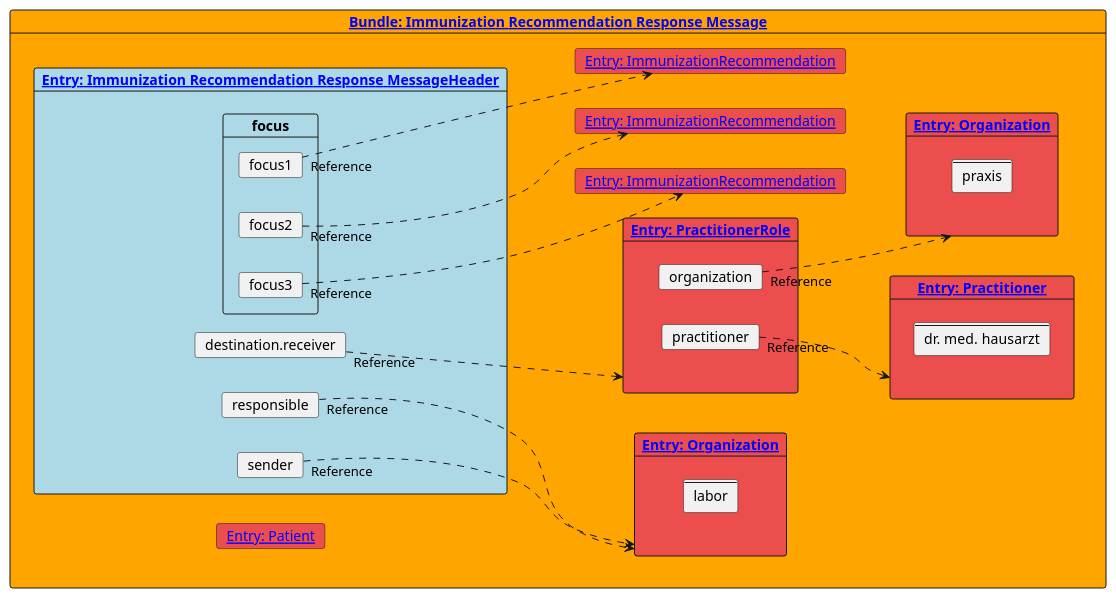
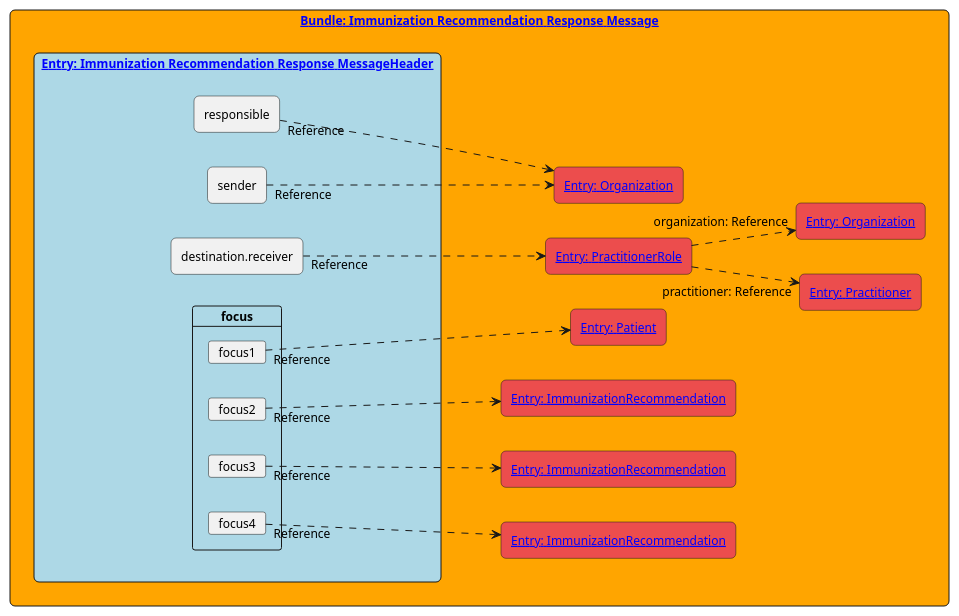
Before and after one commit to hl7ch/ch-vacd: the diagram in input/images-source/immunization-recommendation-response-message-elements.plantuml, drawn with PlantUML. The commit also changed 3 other files, not shown here.

Commit message:
diagramms with some improvements

```diff
--- a/input/images-source/immunization-recommendation-response-message-elements.plantuml
+++ b/input/images-source/immunization-recommendation-response-message-elements.plantuml
@@ -1,67 +1,82 @@
 @startuml
+skinparam shadowing false
+skinparam rectangle {
+    roundCorner 10
+}
+
+skinparam linetype straight
+skinparam defaultFontSize 12
+
 left to right direction
 
-card "[[StructureDefinition-ch-vacd-recommendation-response-message.html Bundle: Immunization Recommendation Response Message]]" as document #Orange {
-    card "[[StructureDefinition-ch-vacd-recommendation-response-messageheader.html Entry: Immunization Recommendation Response MessageHeader]]" as composition #Lightblue  {
-        card sender
-        card destination.receiver
-        card responsible
-        
-        card focus {
-            card focus3
-            card focus2
-            card focus1
+rectangle "[[StructureDefinition-ch-vacd-recommendation-response-message.html Bundle: Immunization Recommendation Response Message]]" as document #Orange {
+    rectangle "[[StructureDefinition-ch-vacd-recommendation-response-messageheader.html Entry: Immunization Recommendation Response MessageHeader]]" as composition #Lightblue  {
+        together {
+            rectangle sender
+            rectangle destination.receiver
+            rectangle responsible
         }
-       
+
+        together {
+            card focus {
+                card focus1
+                card focus2
+                card focus3
+                card focus4
+            }
+        }
 
     }
 
-    card "[[http://fhir.ch/ig/ch-core/StructureDefinition/ch-core-organization-epr Entry: Organization]]" as labor1 #ec4d4dff {
-        card name1 [
-            ----
-            labor
-        ]
+    together {
+        rectangle "[[http://fhir.ch/ig/ch-core/StructureDefinition/ch-core-organization-epr Entry: Organization]]" as labor1 #ec4d4dff {
+            ''card name1 [
+            ''----
+            ''labor
+            '']
+        }
+
+        rectangle "[[http://fhir.ch/ig/ch-core/StructureDefinition/ch-core-practitionerrole-epr Entry: PractitionerRole]]" as practitionerrole #ec4d4dff {
+            ''card practitioner as practitioner1
+            ''card organization as organization1
+        }
+        rectangle "[[http://fhir.ch/ig/ch-core/StructureDefinition/ch-core-practitioner-epr Entry: Practitioner]]" as practitioner #ec4d4dff {
+            ''card name2 [
+            ''----
+            ''dr. med. hausarzt
+            '']
+        }
+        rectangle "[[http://fhir.ch/ig/ch-core/StructureDefinition/ch-core-organization-epr Entry: Organization]]" as organization #ec4d4dff {
+            ''card name3 [
+            ''----
+            ''praxis
+            '']
+        }
+
+        rectangle "[[http://fhir.ch/ig/ch-core/StructureDefinition/ch-core-patient-epr Entry: Patient]]" as patient #ec4d4dff {
+        }
+
+        rectangle "[[StructureDefinition-ch-vacd-immunization-recommendation.html Entry: ImmunizationRecommendation]]" as immunizationrecommendation1 #ec4d4dff {
+        }
+        rectangle "[[StructureDefinition-ch-vacd-immunization-recommendation.html Entry: ImmunizationRecommendation]]" as immunizationrecommendation2 #ec4d4dff {
+        }
+        rectangle "[[StructureDefinition-ch-vacd-immunization-recommendation.html Entry: ImmunizationRecommendation]]" as immunizationrecommendation3 #ec4d4dff {
+        }
+
     }
-
-    card "[[http://fhir.ch/ig/ch-core/StructureDefinition/ch-core-practitionerrole-epr Entry: PractitionerRole]]" as practitionerrole #ec4d4dff {
-        card practitioner as practitioner1
-        card organization as organization1
-    }
-    card "[[http://fhir.ch/ig/ch-core/StructureDefinition/ch-core-practitioner-epr Entry: Practitioner]]" as practitioner #ec4d4dff {
-        card name2 [
-            ----
-            dr. med. hausarzt
-        ]
-    }
-    card "[[http://fhir.ch/ig/ch-core/StructureDefinition/ch-core-organization-epr Entry: Organization]]" as organization #ec4d4dff {
-        card name3 [
-            ----
-            praxis
-        ]
-    }
-
-    card "[[http://fhir.ch/ig/ch-core/StructureDefinition/ch-core-patient-epr Entry: Patient]]" as patient #ec4d4dff {
-    }
-
-    card "[[StructureDefinition-ch-vacd-immunization-recommendation.html Entry: ImmunizationRecommendation]]" as immunizationrecommendation1 #ec4d4dff {
-    }
-    card "[[StructureDefinition-ch-vacd-immunization-recommendation.html Entry: ImmunizationRecommendation]]" as immunizationrecommendation2 #ec4d4dff {
-    }
-    card "[[StructureDefinition-ch-vacd-immunization-recommendation.html Entry: ImmunizationRecommendation]]" as immunizationrecommendation3 #ec4d4dff {
-    }
-
 }
 
-focus1 "Reference"..> immunizationrecommendation1
-focus2 "Reference"..> immunizationrecommendation2
-focus3 "Reference"..> immunizationrecommendation3
+focus1 "Reference"..> patient
+focus2 "Reference"..> immunizationrecommendation1
+focus3 "Reference"..> immunizationrecommendation2
+focus4 "Reference"..> immunizationrecommendation3
 
 sender "Reference"..> labor1
 responsible "Reference"..> labor1
 
 
 destination.receiver "Reference"..> practitionerrole
-practitioner1 "Reference"..> practitioner
-organization1 "Reference"..> organization
+practitionerrole ..>"practitioner: Reference" practitioner
+practitionerrole ..>"organization: Reference" organization
 
 @enduml
```
